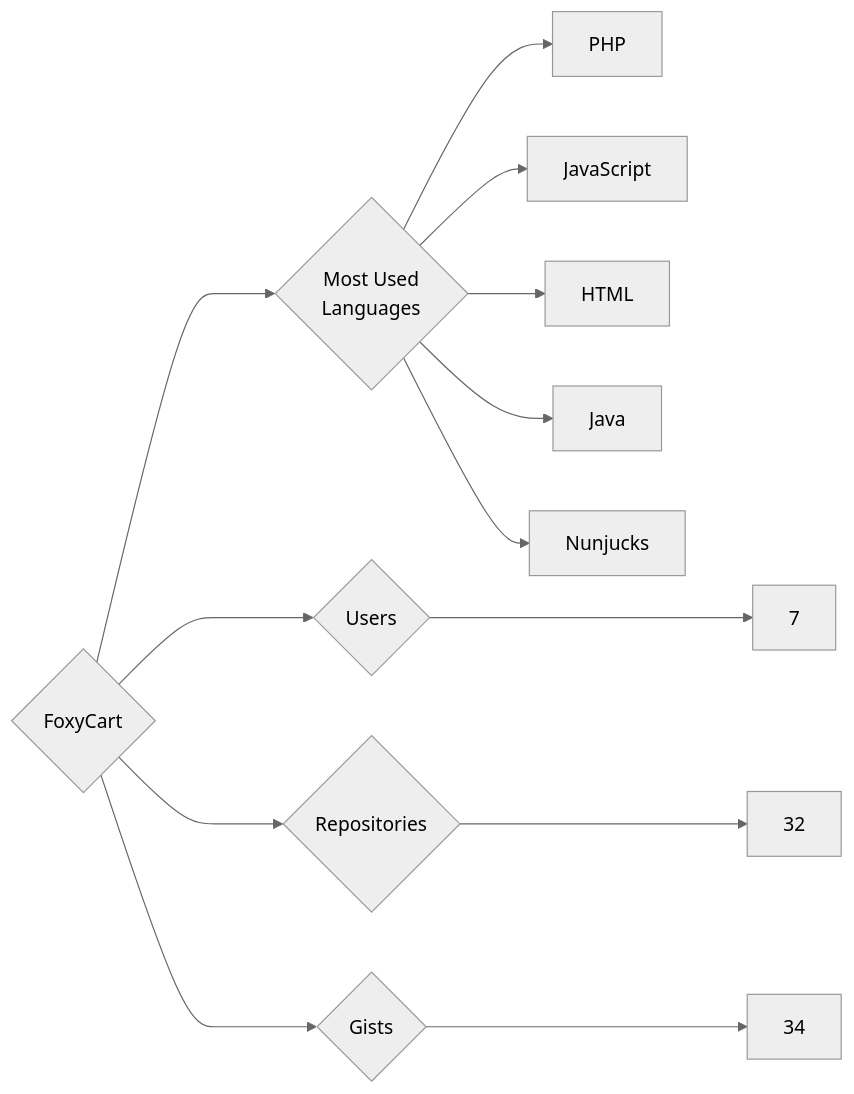
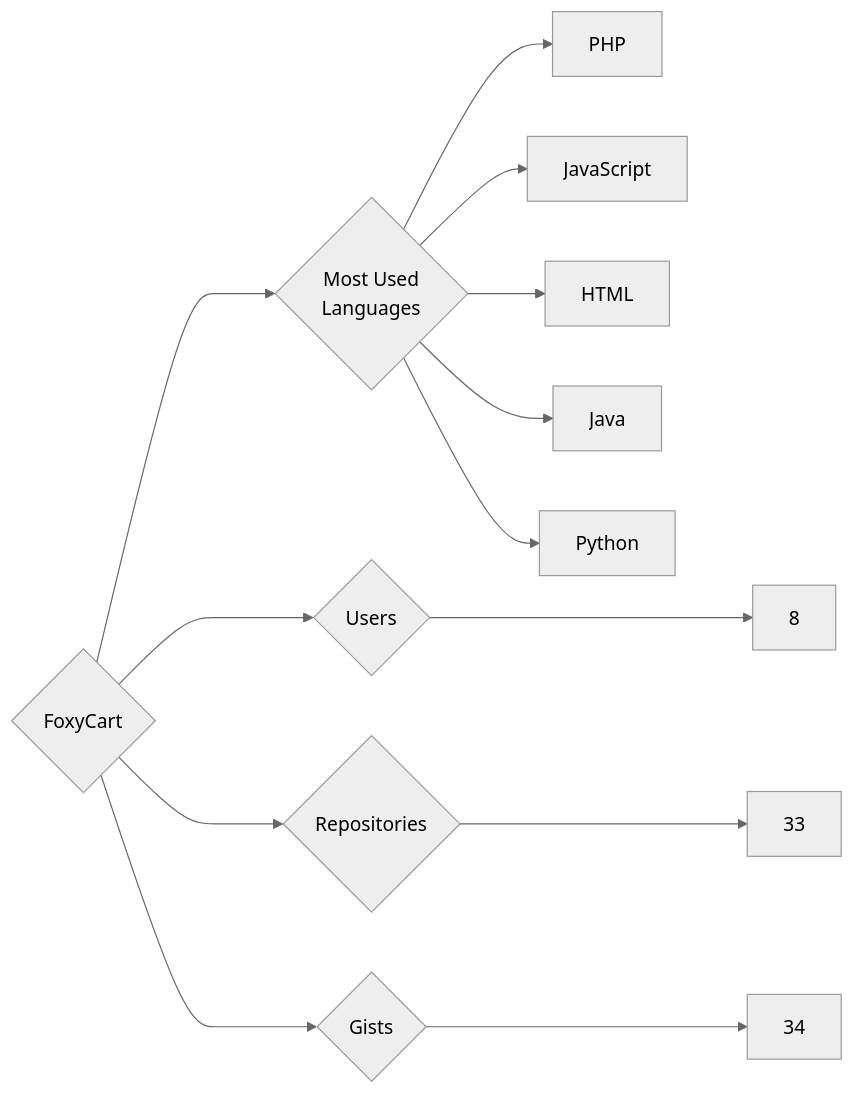
Before and after one commit to trickest/insiders: the diagram in targets/FoxyCart/README.md, drawn with Mermaid (neutral theme). The commit also changed 859 other files, not shown here.

````diff
--- a/targets/FoxyCart/README.md
+++ b/targets/FoxyCart/README.md
@@ -3,13 +3,13 @@
 ```mermaid
 graph LR
 COMPANY_NAME{FoxyCart}
-COMPANY_NAME ---> U{Users} ---> UN[7]
-COMPANY_NAME ---> R{Repositories} ---> RN[32]
+COMPANY_NAME ---> U{Users} ---> UN[8]
+COMPANY_NAME ---> R{Repositories} ---> RN[33]
 COMPANY_NAME ---> G{Gists} ---> GN[34]
 COMPANY_NAME ---> ML{Most Used<br>Languages}
 ML --> PHP[PHP]
 ML --> JavaScript[JavaScript]
 ML --> HTML[HTML]
 ML --> Java[Java]
-ML --> Nunjucks[Nunjucks]
+ML --> Python[Python]
 ```
````
